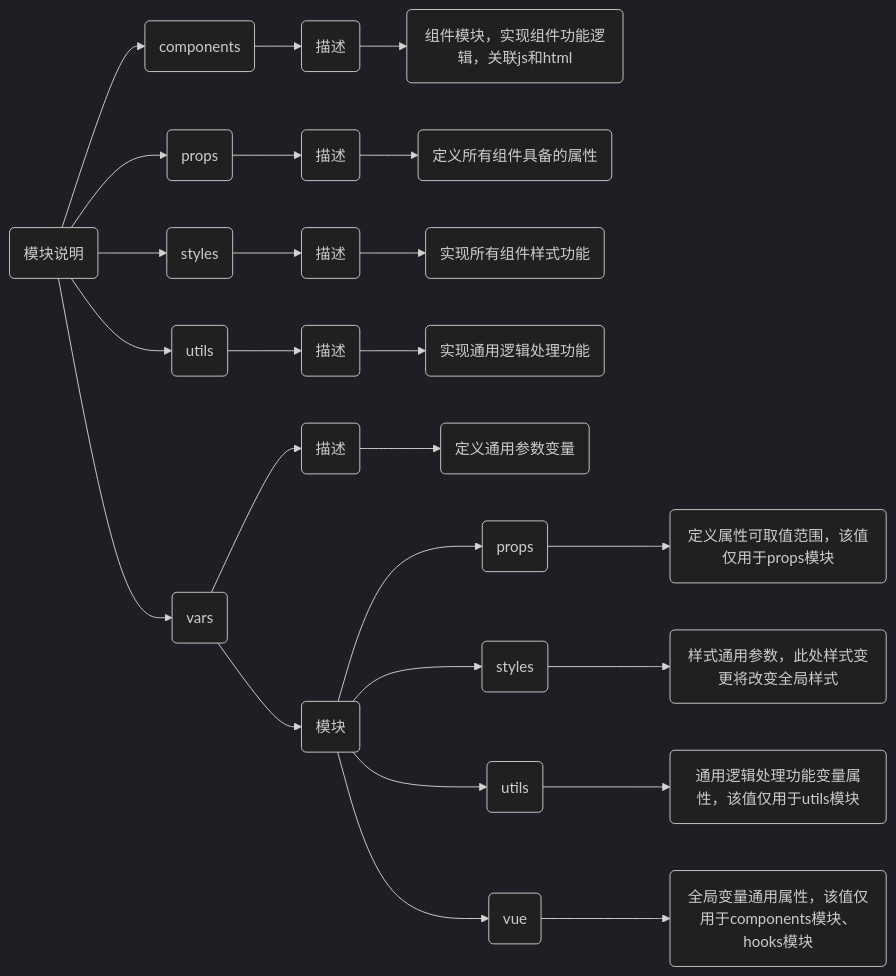
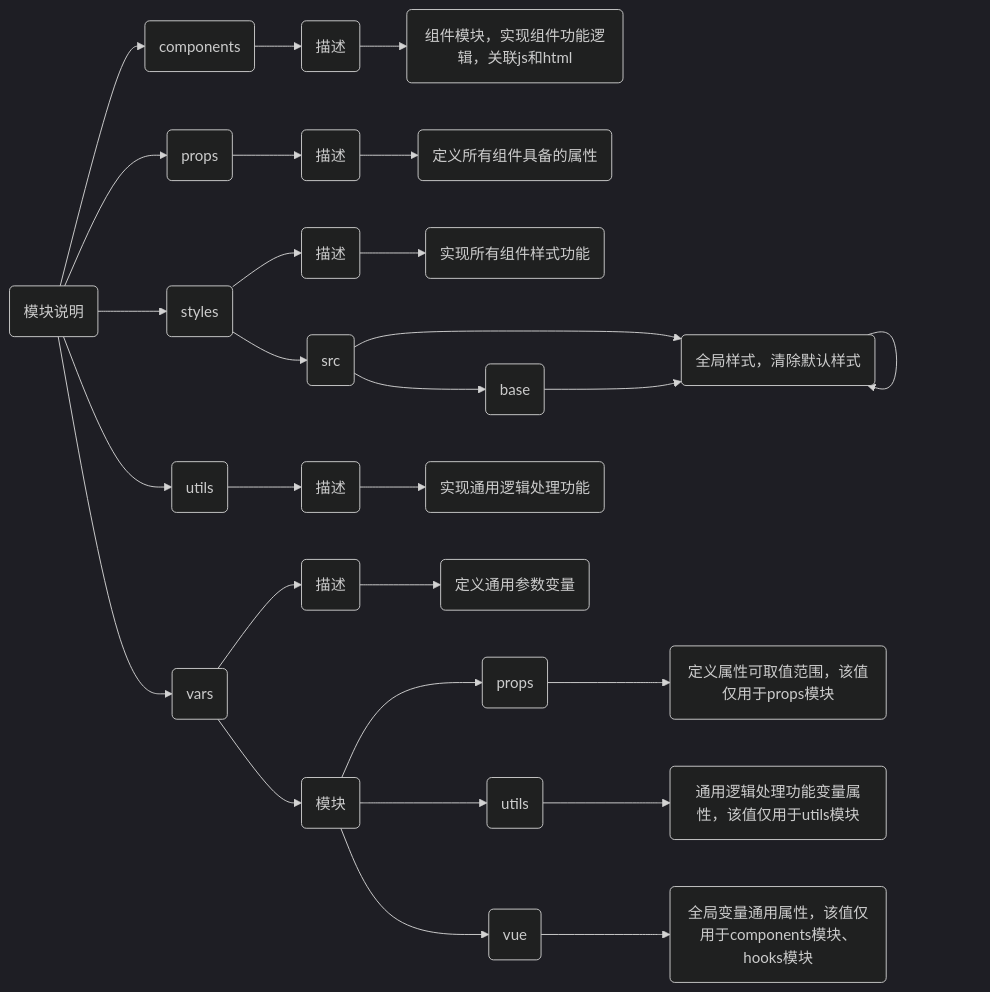
Before and after one commit to IsolatedTraveler/wdxx-ui: the diagram in packages/README.md, drawn with Mermaid (dark theme). The commit also changed 4 other files, not shown here.

````diff
--- a/packages/README.md
+++ b/packages/README.md
@@ -1,16 +1,17 @@
 ```mermaid
 graph LR
 A("模块说明")-->AA("components")-->AAA("描述")-->AAAA("组件模块，实现组件功能逻辑，关联js和html")
 
 A-->AB("props")-->ABA("描述")-->ABAA("定义所有组件具备的属性")
 
 A-->AC("styles")-->ACA("描述")-->ACAA("实现所有组件样式功能")
+AC-->ACB("src")-->ACBA("vars")-->ACBA("样式通用参数，此处样式变更将改变全局样式")
+ACB-->ACBB("base")-->ACBA("全局样式，清除默认样式")
 
 A-->AD("utils")-->ADA("描述")-->ADAA("实现通用逻辑处理功能")
 
 A-->AE("vars")-->AEA("描述")-->AEAA("定义通用参数变量")
 AE-->AEB("模块")-->AEBA("props")-->AEBAA("定义属性可取值范围，该值仅用于props模块")
-AEB-->AEBB("styles")-->AEBBA("样式通用参数，此处样式变更将改变全局样式")
 AEB-->AEBC("utils")-->AEBCA("通用逻辑处理功能变量属性，该值仅用于utils模块")
 AEB-->AEBD("vue")-->AEBDA("全局变量通用属性，该值仅用于components模块、hooks模块")
 ```
````
